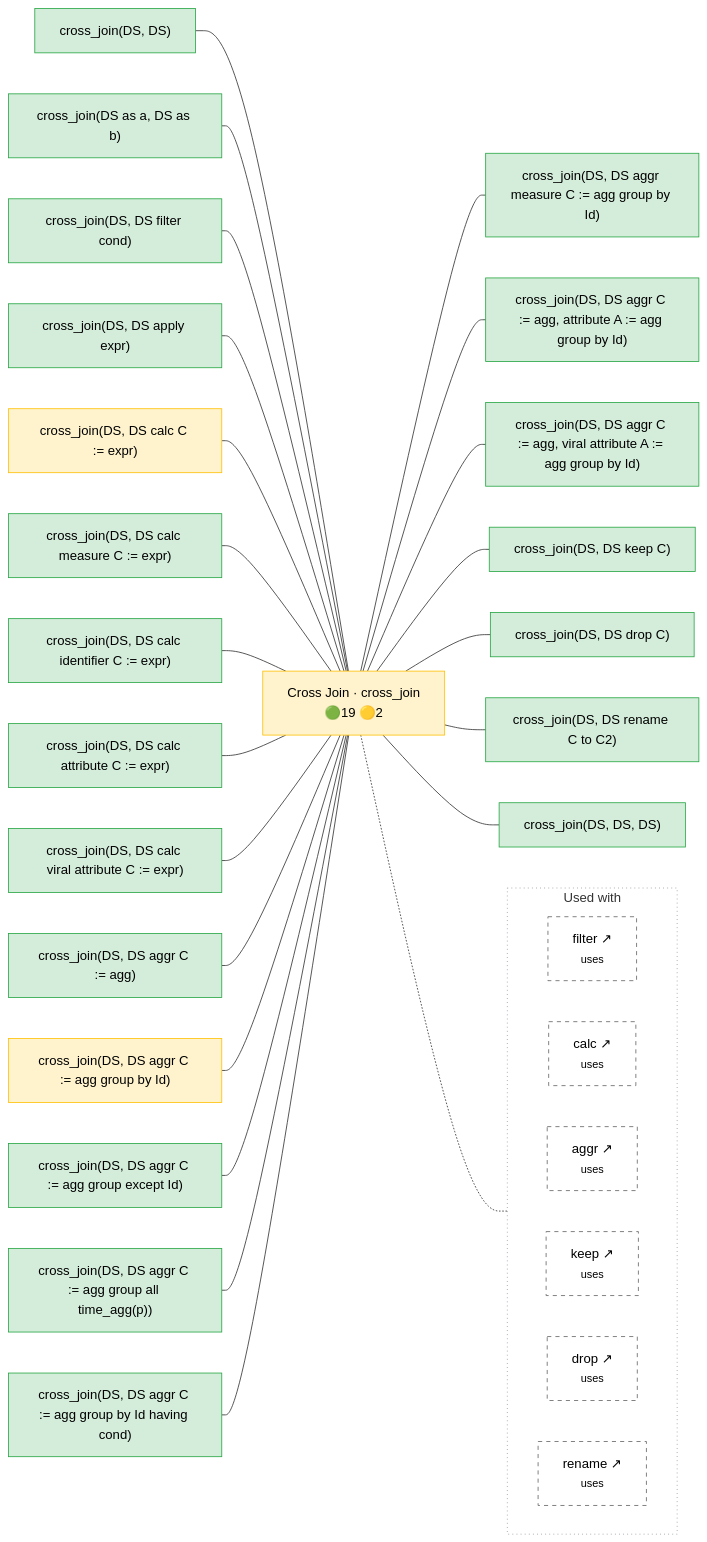
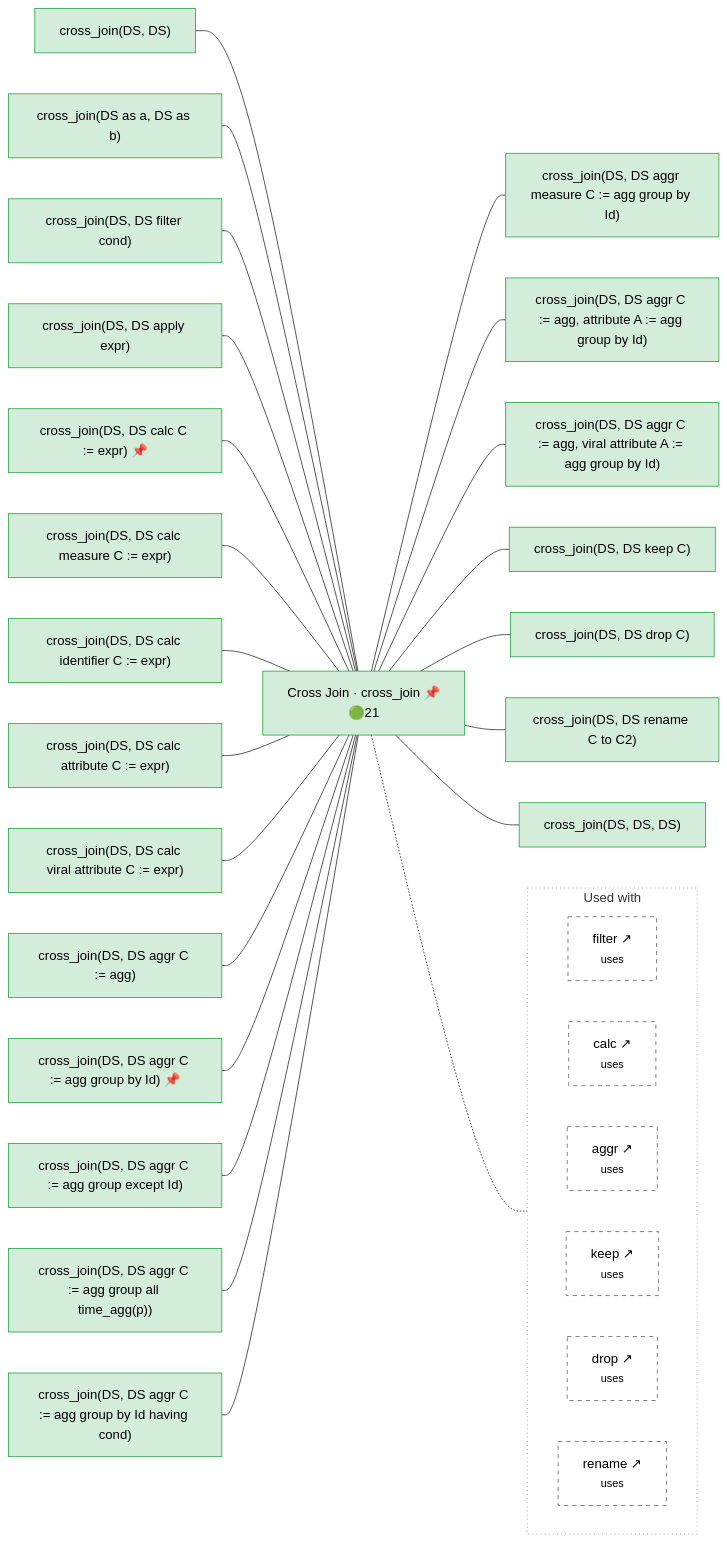
One commit to Meaningful-Data/vtlengine changed the diagram in docs/operator_map/join/cross_join.rst. Above: the diagram before and after it, drawn with Mermaid. The commit also changed other lines of this file and 133 other files, not shown here.

```diff
--- a/docs/operator_map/join/cross_join.rst
+++ b/docs/operator_map/join/cross_join.rst
@@ -32,18 +32,18 @@
        classDef diverge fill:#cce5ff,stroke:#007bff,color:#000
        classDef block fill:#2b3a4a,stroke:#2b3a4a,color:#fff,font-weight:bold
        classDef ext fill:#fff,stroke:#666,color:#000,stroke-dasharray: 5 5
-       O["Cross Join · cross_join<br/>🟢19 🟡2"]:::partial
+       O["Cross Join · cross_join 📌<br/>🟢21"]:::ok
        v_bare["cross_join(DS, DS)"]:::ok
        v_aliases["cross_join(DS as a, DS as b)"]:::ok
        v_filter["cross_join(DS, DS filter cond)"]:::ok
        v_apply["cross_join(DS, DS apply expr)"]:::ok
-       v_calc_default["cross_join(DS, DS calc C #58;#61; expr)"]:::partial
+       v_calc_default["cross_join(DS, DS calc C #58;#61; expr) 📌"]:::ok
        v_calc_measure["cross_join(DS, DS calc measure C #58;#61; expr)"]:::ok
        v_calc_identifier["cross_join(DS, DS calc identifier C #58;#61; expr)"]:::ok
        v_calc_attribute["cross_join(DS, DS calc attribute C #58;#61; expr)"]:::ok
        v_calc_viral_attribute["cross_join(DS, DS calc viral attribute C #58;#61; expr)"]:::ok
        v_aggr_no_group["cross_join(DS, DS aggr C #58;#61; agg)"]:::ok
-       v_aggr_group_by["cross_join(DS, DS aggr C #58;#61; agg group by Id)"]:::partial
+       v_aggr_group_by["cross_join(DS, DS aggr C #58;#61; agg group by Id) 📌"]:::ok
        v_aggr_group_except["cross_join(DS, DS aggr C #58;#61; agg group except Id)"]:::ok
        v_aggr_group_all["cross_join(DS, DS aggr C #58;#61; agg group all time_agg(p))"]:::ok
        v_aggr_having["cross_join(DS, DS aggr C #58;#61; agg group by Id having cond)"]:::ok
```
